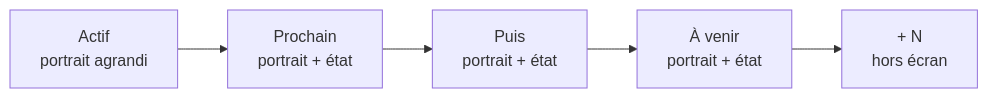
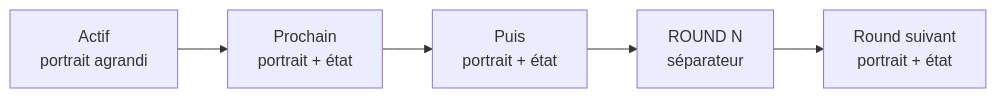
Before and after one commit to PhilippeMartin1964/GrimrockPrototype: the fourth of 4 diagrams in docs/Design/COMBAT_SYSTEM_V2_ACTION_POINTS_INITIATIVE.md, drawn with Mermaid. The commit also changed other lines of this file and 10 other files, not shown here.

Commit message:
Implement MON12.7.1 sliding initiative timeline

````diff
--- a/docs/Design/COMBAT_SYSTEM_V2_ACTION_POINTS_INITIATIVE.md
+++ b/docs/Design/COMBAT_SYSTEM_V2_ACTION_POINTS_INITIATIVE.md
@@ -539,7 +539,7 @@
 ```mermaid
 flowchart LR
     A["Actif<br/>portrait agrandi"] --> B["Prochain<br/>portrait + état"]
     B --> C["Puis<br/>portrait + état"]
-    C --> D["À venir<br/>portrait + état"]
-    D --> E["+ N<br/>hors écran"]
+    C --> D["ROUND N<br/>séparateur"]
+    D --> E["Round suivant<br/>portrait + état"]
 ```
````
